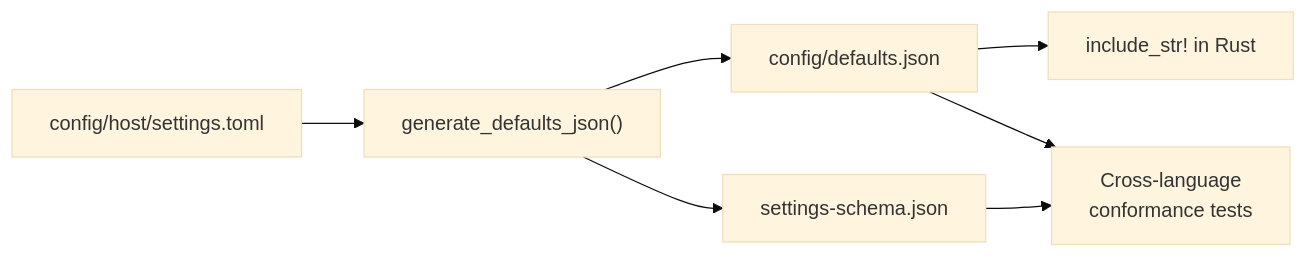
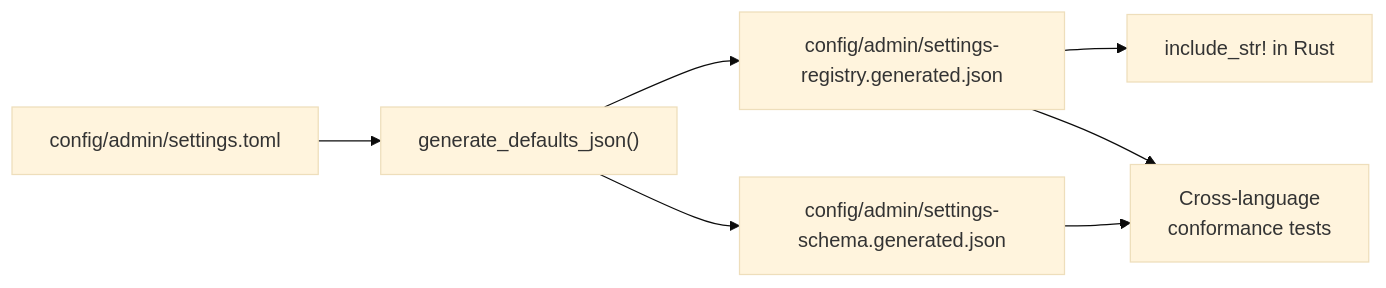
Before and after one commit to google/capsem: the fifth of 5 diagrams in docs/src/content/docs/architecture/build-system.md, drawn with Mermaid (base theme). The commit also changed other lines of this file and 110 other files, not shown here.

````diff
--- a/docs/src/content/docs/architecture/build-system.md
+++ b/docs/src/content/docs/architecture/build-system.md
@@ -371,9 +371,9 @@
 ```mermaid
 flowchart LR
-  TOML["config/host/settings.toml"] --> Py["generate_defaults_json()"]
-  Py --> DJ["config/defaults.json"]
+  TOML["config/admin/settings.toml"] --> Py["generate_defaults_json()"]
+  Py --> DJ["config/admin/settings-registry.generated.json"]
   DJ --> Rust["include_str! in Rust"]
-  Py --> Schema["settings-schema.json"]
+  Py --> Schema["config/admin/settings-schema.generated.json"]
   Schema --> CV["Cross-language\nconformance tests"]
   DJ --> CV
 ```
````
